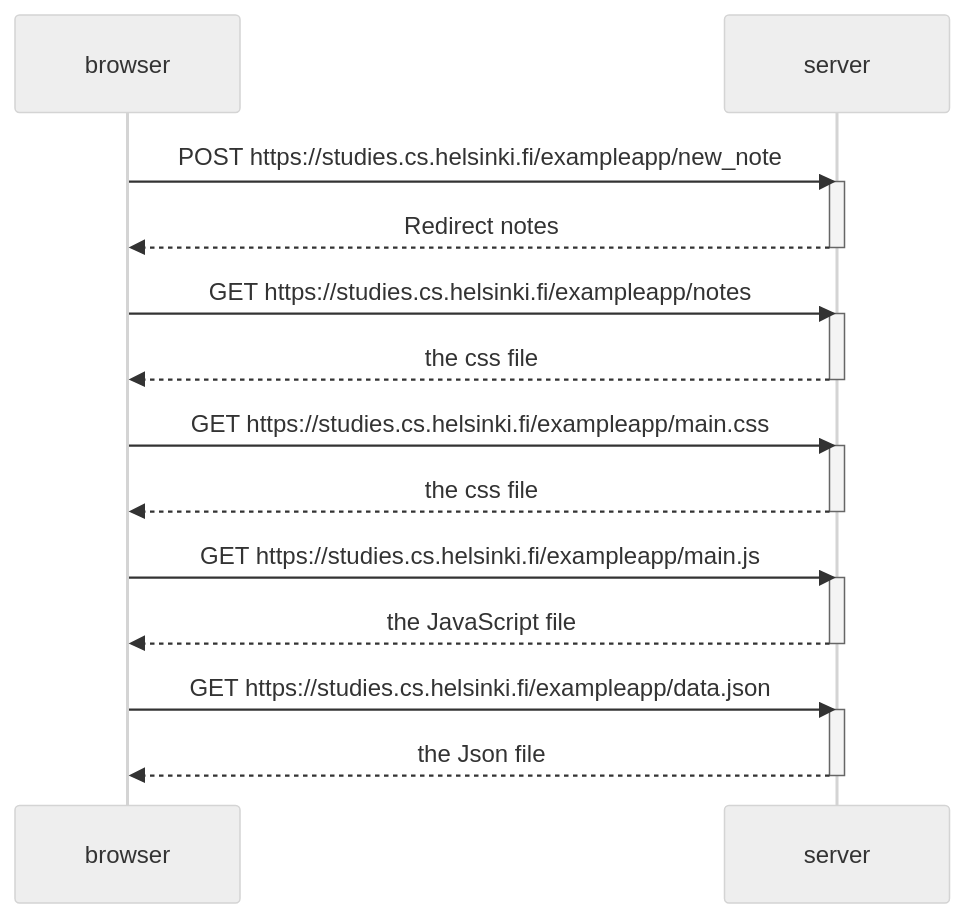
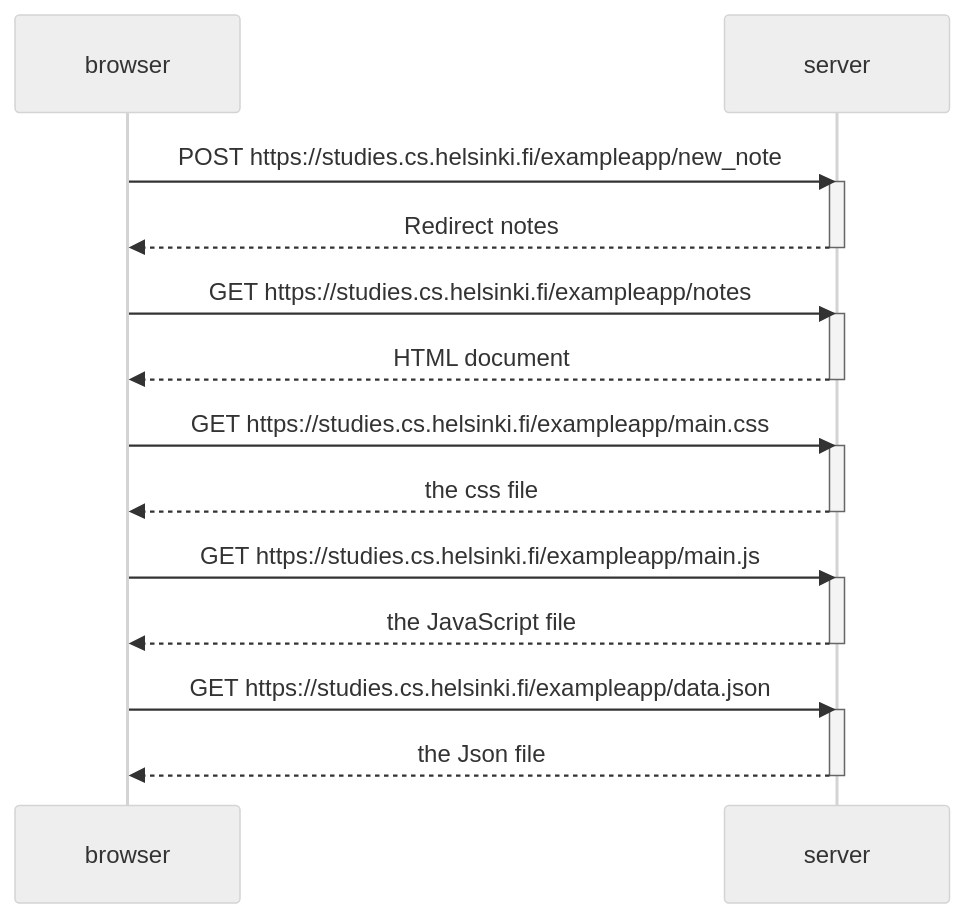
The diagram in osa0/uusi_muistiinpano.md (konstakarjalainen/Fullstack), drawn with Mermaid (neutral theme) before and after one commit.

````diff
--- a/osa0/uusi_muistiinpano.md
+++ b/osa0/uusi_muistiinpano.md
@@ -1,30 +1,30 @@
 ```mermaid
 sequenceDiagram
     participant browser
     participant server
     
     browser->>server: POST https://studies.cs.helsinki.fi/exampleapp/new_note
     activate server
     server-->>browser: Redirect notes
     deactivate server
 
     browser->>server: GET https://studies.cs.helsinki.fi/exampleapp/notes
     activate server
-    server-->>browser: the css file
+    server-->>browser: HTML document
     deactivate server
     
     browser->>server: GET https://studies.cs.helsinki.fi/exampleapp/main.css
     activate server
     server-->>browser: the css file
     deactivate server
     
     browser->>server: GET https://studies.cs.helsinki.fi/exampleapp/main.js
     activate server
     server-->>browser: the JavaScript file
     deactivate server
     
     browser->>server: GET https://studies.cs.helsinki.fi/exampleapp/data.json
     activate server
     server-->>browser: the Json file
     deactivate server  
 ```
````
